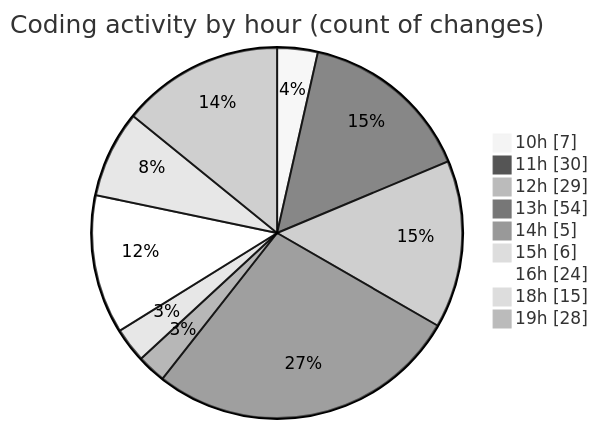
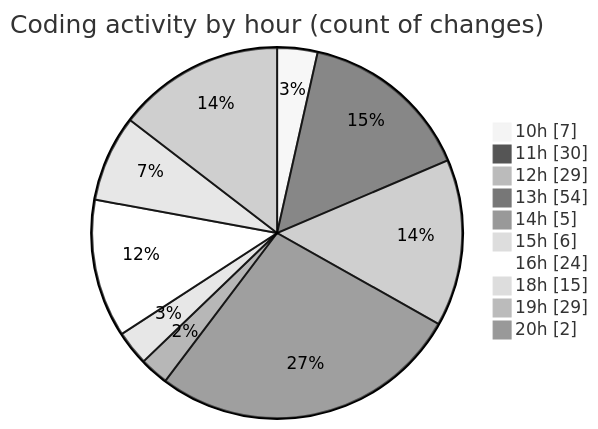
One commit to momahboobian/code-tracking changed the second of 2 diagrams in 2025-06-26/cda/README.md. Above: the diagram before and after it, drawn with Mermaid (neutral theme). The commit also changed other lines of this file and 1 other file, not shown here.

````diff
--- a/2025-06-26/cda/README.md
+++ b/2025-06-26/cda/README.md
@@ -45,13 +45,14 @@
 ```mermaid
 pie showData
 title Coding activity by hour (count of changes)
 "10h" : 7
 "11h" : 30
 "12h" : 29
 "13h" : 54
 "14h" : 5
 "15h" : 6
 "16h" : 24
 "18h" : 15
-"19h" : 28
+"19h" : 29
+"20h" : 2
 ```
````
